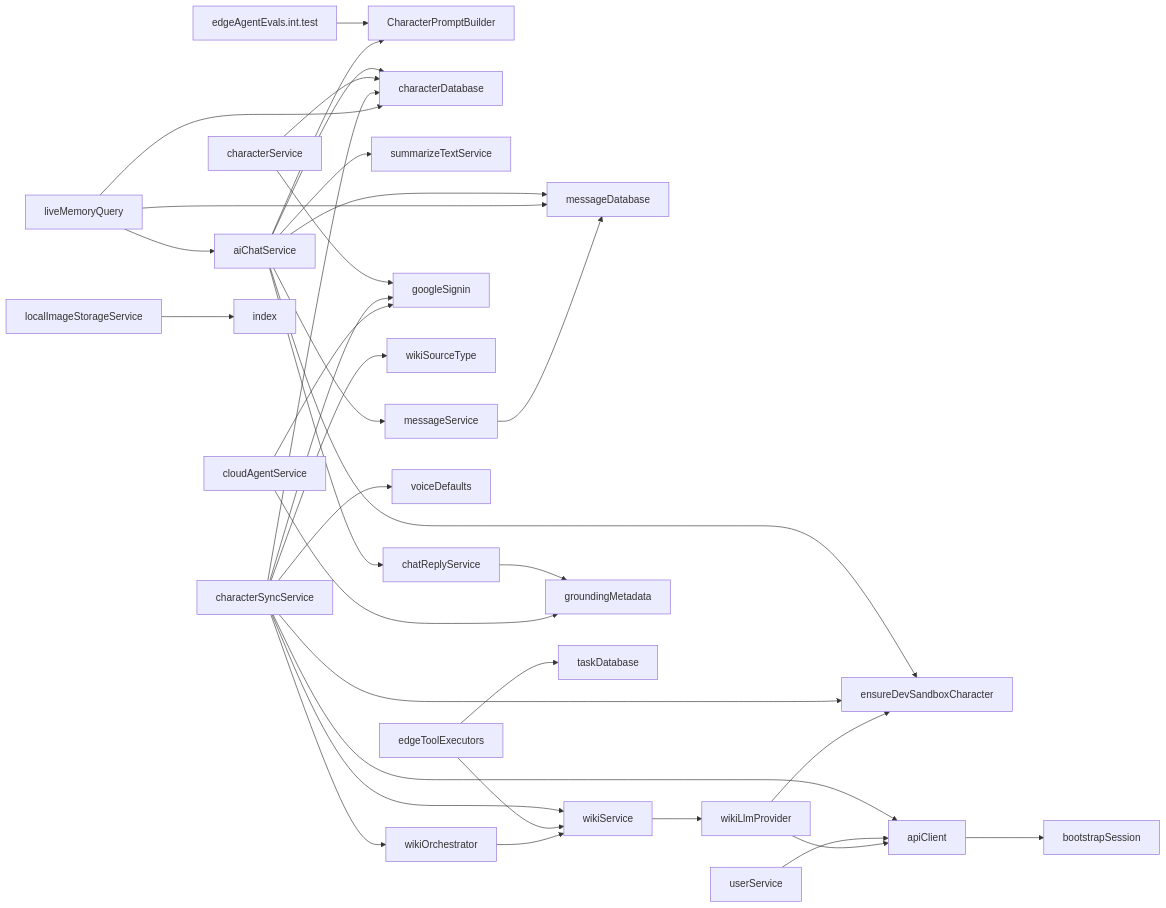
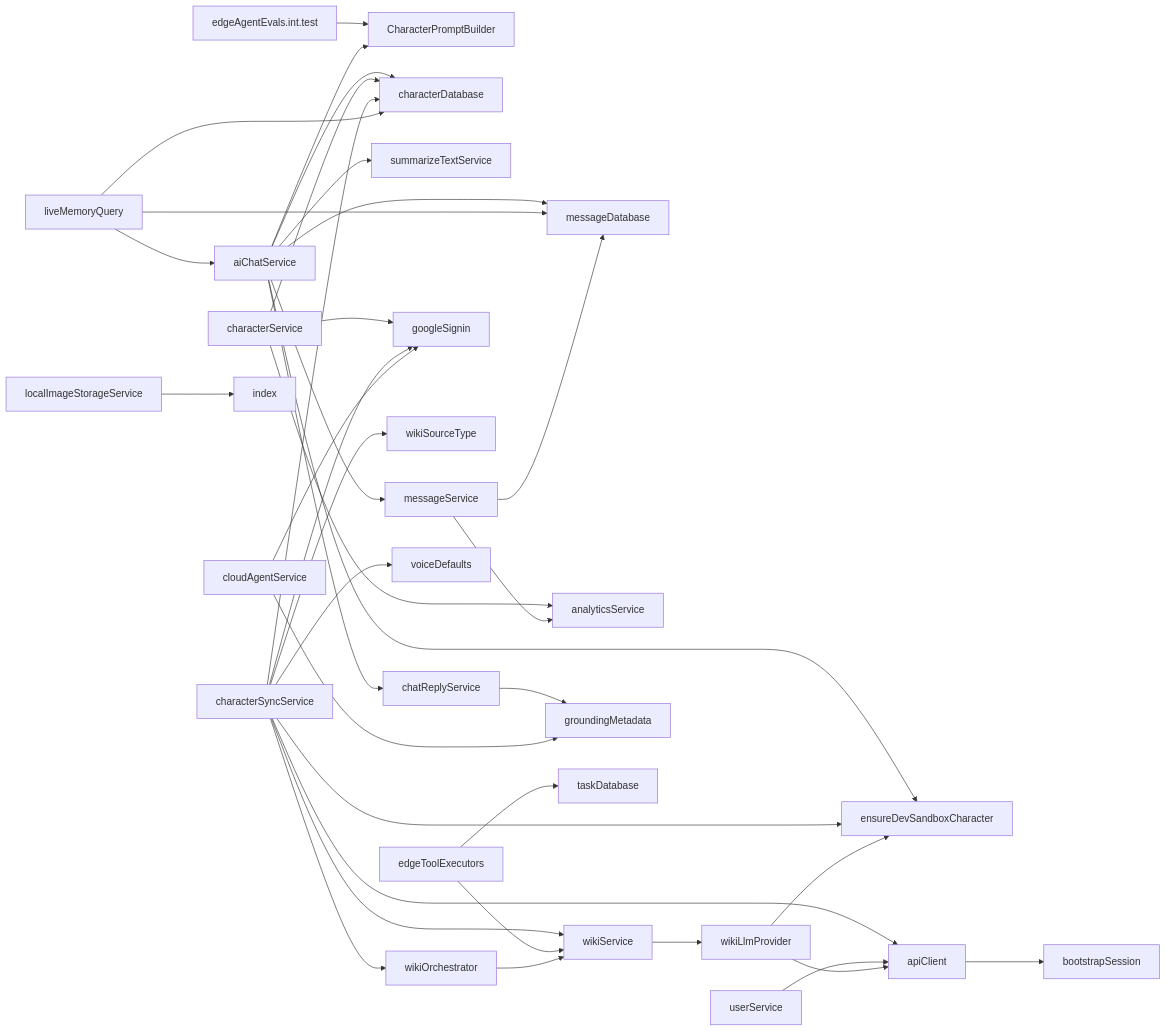
One commit to equationalapplications/clanker changed the diagram in docs/flowcharts/SERVICES.md. Above: the diagram before and after it, drawn with Mermaid. The commit also changed 4 other files, not shown here.

First line of the commit message:
docs: update analytics flowcharts and store listing copy

````diff
--- a/docs/flowcharts/SERVICES.md
+++ b/docs/flowcharts/SERVICES.md
@@ -4,37 +4,39 @@
 ```mermaid
 graph LR
   edgeAgentEvals.int.test --> CharacterPromptBuilder
   aiChatService --> ensureDevSandboxCharacter
   aiChatService --> messageDatabase
   aiChatService --> characterDatabase
   aiChatService --> summarizeTextService
   aiChatService --> messageService
   aiChatService --> CharacterPromptBuilder
   aiChatService --> chatReplyService
   apiClient --> bootstrapSession
   characterService --> googleSignin
   characterService --> characterDatabase
+  characterService --> analyticsService
   characterSyncService --> characterDatabase
   characterSyncService --> wikiService
   characterSyncService --> wikiSourceType
   characterSyncService --> apiClient
   characterSyncService --> wikiOrchestrator
   characterSyncService --> ensureDevSandboxCharacter
   characterSyncService --> googleSignin
   characterSyncService --> voiceDefaults
   chatReplyService --> groundingMetadata
   cloudAgentService --> googleSignin
   cloudAgentService --> groundingMetadata
   edgeToolExecutors --> wikiService
   edgeToolExecutors --> taskDatabase
   liveMemoryQuery --> aiChatService
   liveMemoryQuery --> messageDatabase
   liveMemoryQuery --> characterDatabase
   localImageStorageService --> index
   messageService --> messageDatabase
+  messageService --> analyticsService
   userService --> apiClient
   wikiLlmProvider --> ensureDevSandboxCharacter
   wikiLlmProvider --> apiClient
   wikiOrchestrator --> wikiService
   wikiService --> wikiLlmProvider
 ```
````
